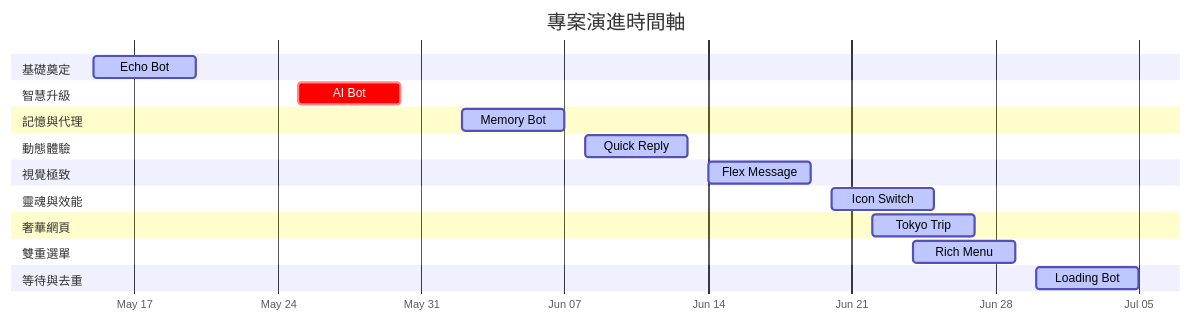
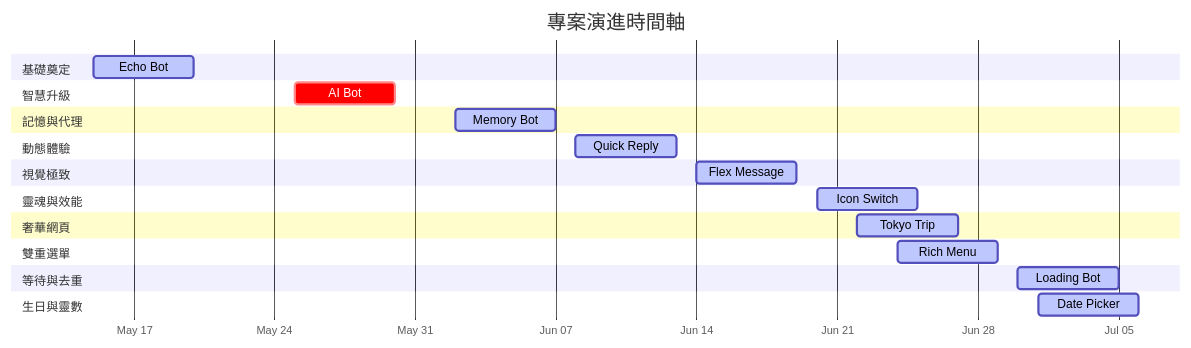
One commit to zonawang/zona-ai-learning-lab changed the diagram in README.md. Above: the diagram before and after it, drawn with Mermaid. The commit also changed other lines of this file, not shown here.

Commit message:
docs: add 10th station LINE Birthdate Picker Bot to README

````diff
--- a/README.md
+++ b/README.md
@@ -11,33 +11,36 @@
 ```mermaid
 gantt
     title 專案演進時間軸
     dateFormat  YYYY-MM-DD
     axisFormat  %b %d
     
     section 基礎奠定
     Echo Bot :active, p1, 2026-05-15, 5d
     
     section 智慧升級
     AI Bot :crit, p2, 2026-05-25, 5d
     
     section 記憶與代理
     Memory Bot :active, p3, 2026-06-02, 5d
     
     section 動態體驗
     Quick Reply :active, p4, 2026-06-08, 5d
     
     section 視覺極致
     Flex Message :active, p5, 2026-06-14, 5d
     
     section 靈魂與效能
     Icon Switch :active, p6, 2026-06-20, 5d
     
     section 奢華網頁
     Tokyo Trip :active, p7, 2026-06-22, 5d
     
     section 雙重選單
     Rich Menu :active, p8, 2026-06-24, 5d
     
     section 等待與去重
     Loading Bot :active, p9, 2026-06-30, 5d
+    
+    section 生日與靈數
+    Date Picker :active, p10, 2026-07-01, 5d
 ```
````
